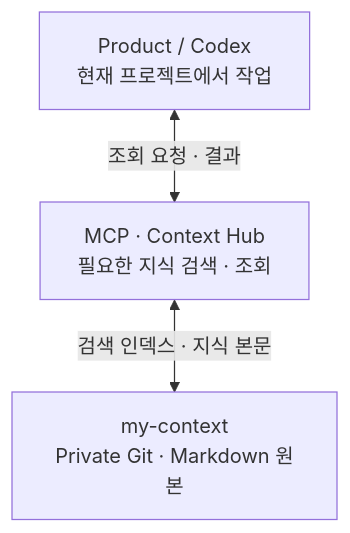
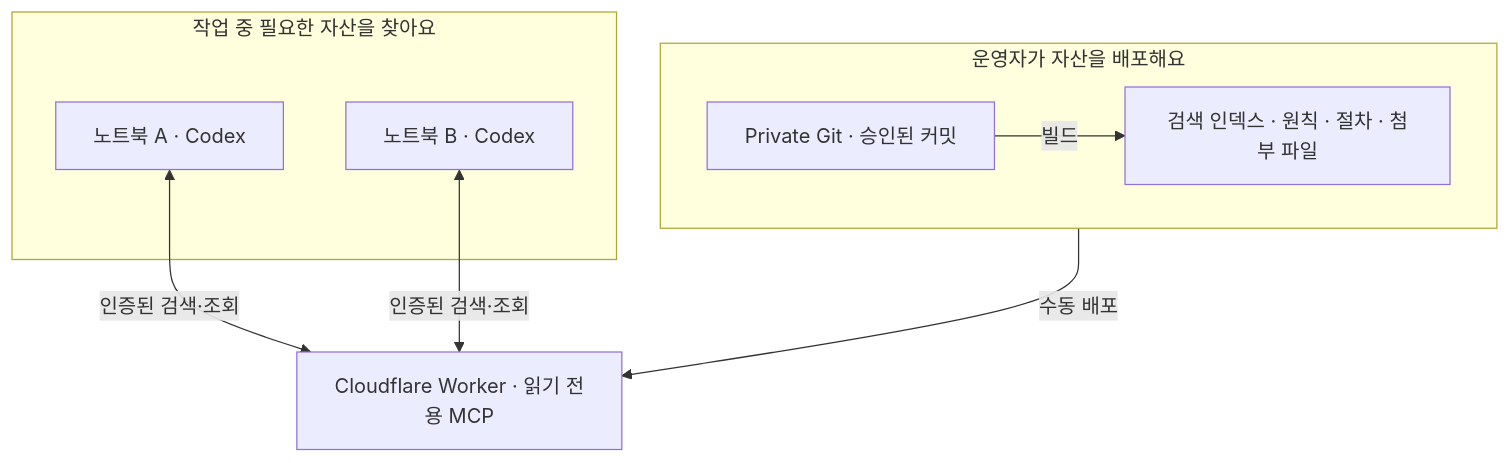
One commit to SEONGMINY/my-context changed the diagram in README.md. Above: the diagram before and after it, drawn with Mermaid. The commit also changed other lines of this file and 6 other files, not shown here.

Commit message:
feat: deploy personal knowledge MCP on Cloudflare Workers

````diff
--- a/README.md
+++ b/README.md
@@ -37,8 +22,16 @@
 ```mermaid
 flowchart TB
-    Product["Product / Codex<br/>현재 프로젝트에서 작업"]
-    MCP["MCP · Context Hub<br/>필요한 지식 검색 · 조회"]
-    Context["my-context<br/>Private Git · Markdown 원본"]
-    Product <-->|"조회 요청 · 결과"| MCP
-    MCP <-->|"검색 인덱스 · 지식 본문"| Context
+    subgraph publishing ["운영자가 자산을 배포해요"]
+        direction LR
+        source["Private Git · 승인된 커밋"] -->|"빌드"| bundle["검색 인덱스 · 원칙 · 절차 · 첨부 파일"]
+    end
+
+    subgraph reading ["작업 중 필요한 자산을 찾아요"]
+        laptopA["노트북 A · Codex"]
+        laptopB["노트북 B · Codex"]
+    end
+
+    bundle -->|"수동 배포"| worker["Cloudflare Worker · 읽기 전용 MCP"]
+    laptopA <-->|"인증된 검색·조회"| worker
+    laptopB <-->|"인증된 검색·조회"| worker
 ```
````
